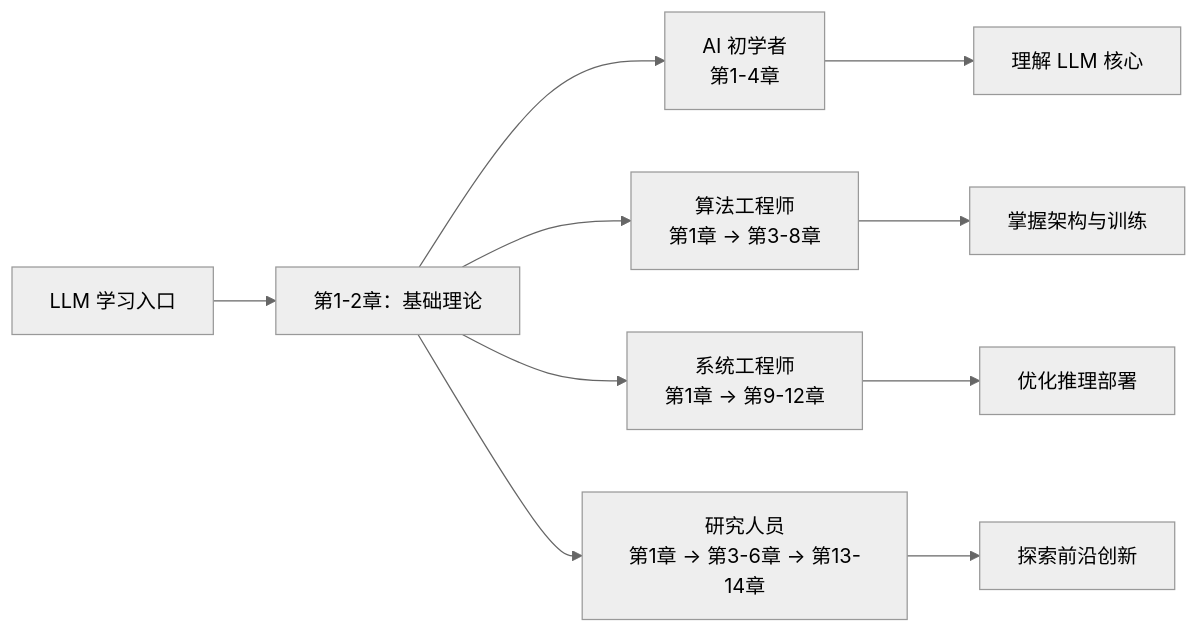
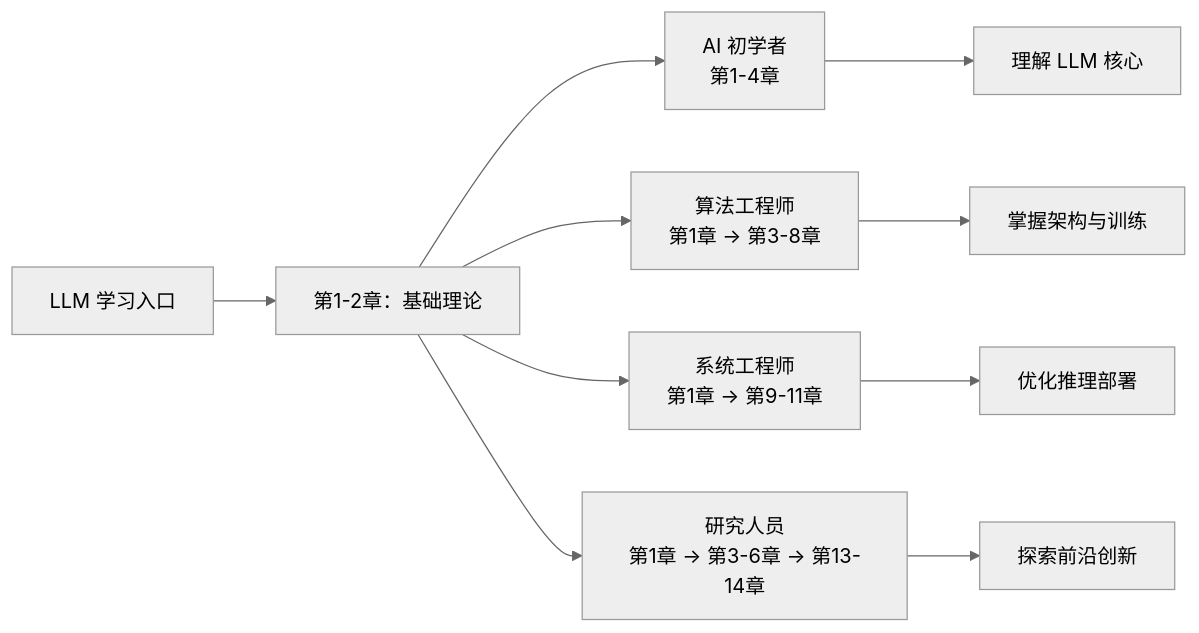
The diagram in README.md (yeasy/llm_internals), drawn with Mermaid (neutral theme) before and after one commit. The commit also changed other lines of this file and 4 other files, not shown here.

````diff
--- a/README.md
+++ b/README.md
@@ -75,14 +75,14 @@
 ```mermaid
 graph LR
     Start[LLM 学习入口] --> Ch1[第1-2章：基础理论]
 
     Ch1 --> Role1["AI 初学者<br/>第1-4章"]
     Ch1 --> Role2["算法工程师<br/>第1章 → 第3-8章"]
-    Ch1 --> Role3["系统工程师<br/>第1章 → 第9-12章"]
+    Ch1 --> Role3["系统工程师<br/>第1章 → 第9-11章"]
     Ch1 --> Role4["研究人员<br/>第1章 → 第3-6章 → 第13-14章"]
 
     Role1 --> End1["理解 LLM 核心"]
     Role2 --> End2["掌握架构与训练"]
     Role3 --> End3["优化推理部署"]
     Role4 --> End4["探索前沿创新"]
 ```
````
